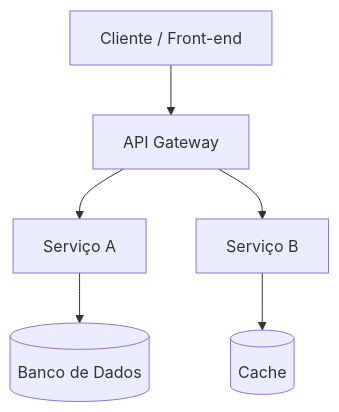
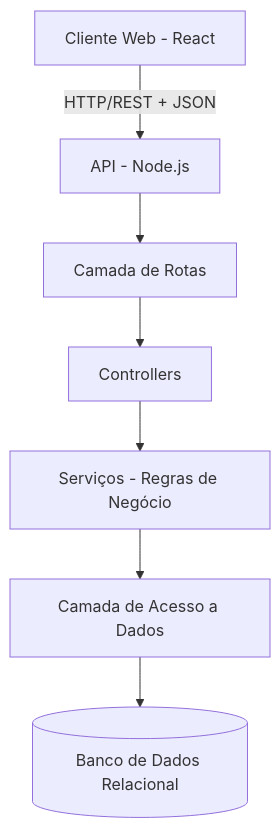
Before and after one commit to mlm5608/Projeto_Arquitetura_Cliente-Servidor: the first of 2 diagrams in Documentacao-software-Kwic.md, drawn with Mermaid. The commit also changed other lines of this file, not shown here.

````diff
--- a/Documentacao-software-Kwic.md
+++ b/Documentacao-software-Kwic.md
@@ -220,8 +389,9 @@
 ```mermaid
 flowchart TD
-    A[Cliente / Front-end] --> B[API Gateway]
-    B --> C[Serviço A]
-    B --> D[Serviço B]
-    C --> E[(Banco de Dados)]
-    D --> F[(Cache)]
+    A[Cliente Web - React] -->|HTTP/REST + JSON| B[API - Node.js]
+    B --> C[Camada de Rotas]
+    C --> D[Controllers]
+    D --> E[Serviços - Regras de Negócio]
+    E --> F[Camada de Acesso a Dados]
+    F --> G[(Banco de Dados Relacional)]
 ```
````
